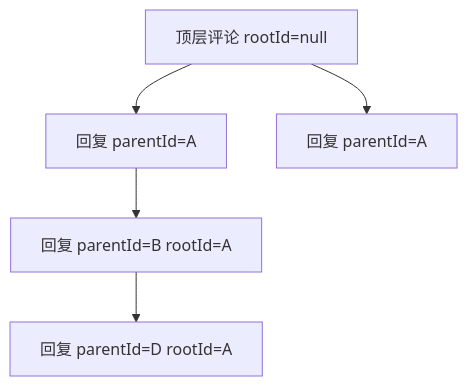
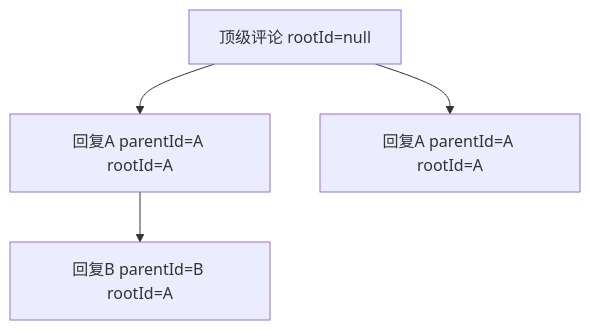
One commit to mambo-wang/CodingHub changed the fourth of 5 diagrams in docs/统一互动.md. Above: the diagram before and after it, drawn with Mermaid. The commit also changed other lines of this file and 19 other files, not shown here.

````diff
--- a/docs/统一互动.md
+++ b/docs/统一互动.md
@@ -164,7 +199,6 @@
 ```mermaid
 graph TD
-    A[顶层评论 rootId=null] --> B[回复 parentId=A]
-    A --> C[回复 parentId=A]
-    B --> D[回复 parentId=B rootId=A]
-    D --> E[回复 parentId=D rootId=A]
+    A[顶级评论 rootId=null] --> B[回复A parentId=A rootId=A]
+    B --> C[回复B parentId=B rootId=A]
+    A --> D[回复A parentId=A rootId=A]
 ```
````
